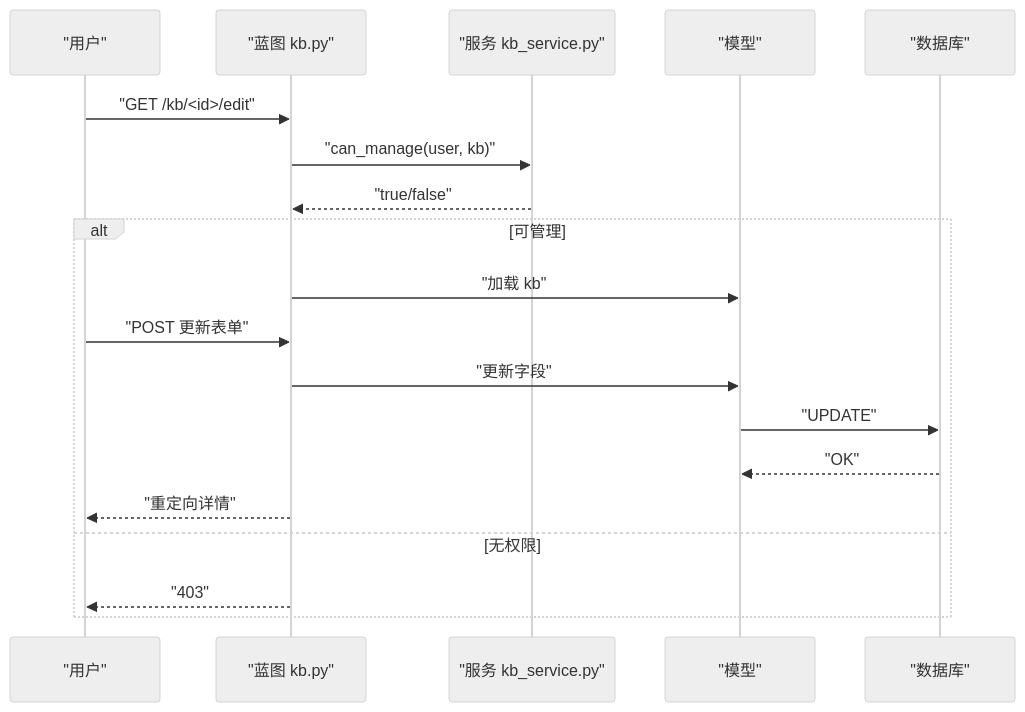
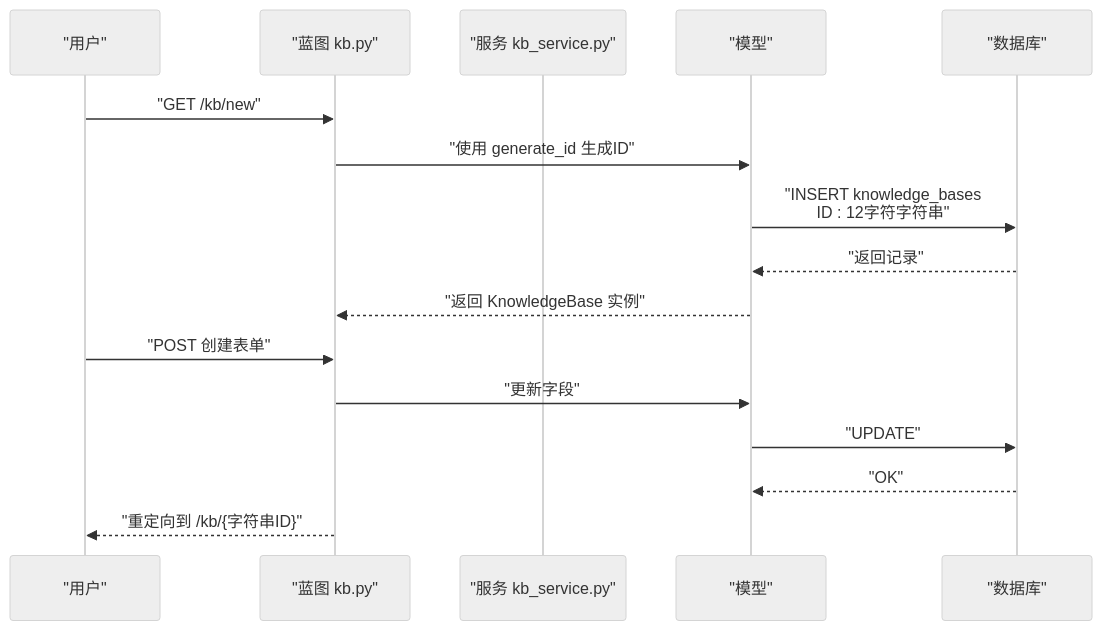
Before and after one commit to beyondalbert/my_wiki: the fourth of 6 diagrams in .qoder/repowiki/zh/content/数据模型设计/知识库模型.md, drawn with Mermaid (neutral theme). The commit also changed other lines of this file and 21 other files, not shown here.

````diff
--- a/.qoder/repowiki/zh/content/数据模型设计/知识库模型.md
+++ b/.qoder/repowiki/zh/content/数据模型设计/知识库模型.md
@@ -242,21 +290,18 @@
 ```mermaid
 sequenceDiagram
 participant U as "用户"
 participant BP as "蓝图 kb.py"
 participant SVC as "服务 kb_service.py"
 participant M as "模型"
 participant DB as "数据库"
-U->>BP : "GET /kb/<id>/edit"
-BP->>SVC : "can_manage(user, kb)"
-SVC-->>BP : "true/false"
-alt 可管理
-BP->>M : "加载 kb"
-U->>BP : "POST 更新表单"
+U->>BP : "GET /kb/new"
+BP->>M : "使用 generate_id 生成ID"
+M->>DB : "INSERT knowledge_bases<br/>ID : 12字符字符串"
+DB-->>M : "返回记录"
+M-->>BP : "返回 KnowledgeBase 实例"
+U->>BP : "POST 创建表单"
 BP->>M : "更新字段"
 M->>DB : "UPDATE"
 DB-->>M : "OK"
-BP-->>U : "重定向详情"
-else 无权限
-BP-->>U : "403"
-end
+BP-->>U : "重定向到 /kb/{字符串ID}"
 ```
````
